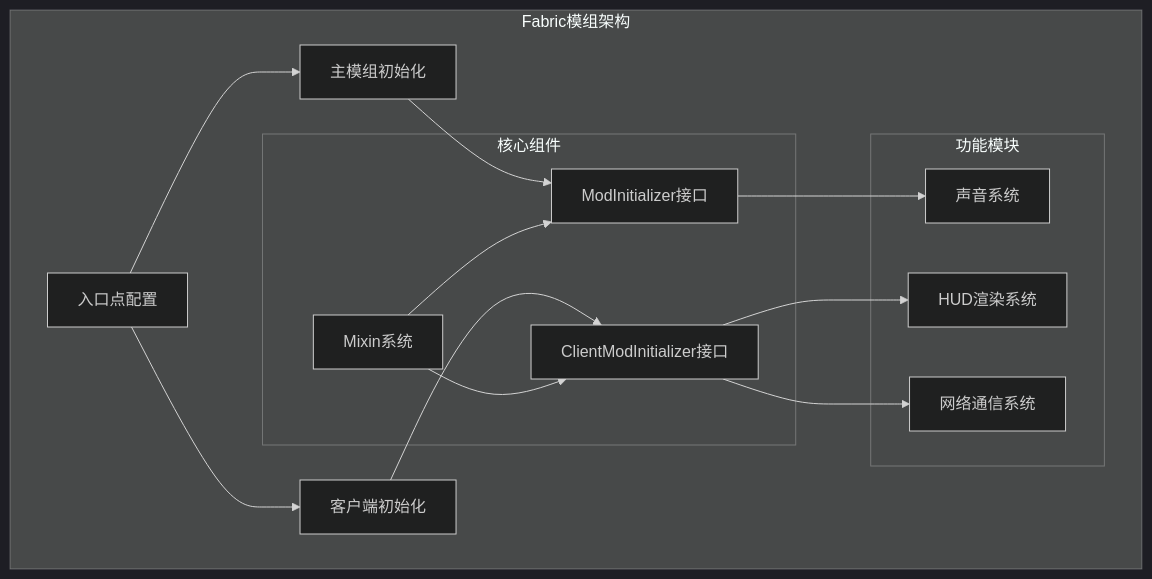
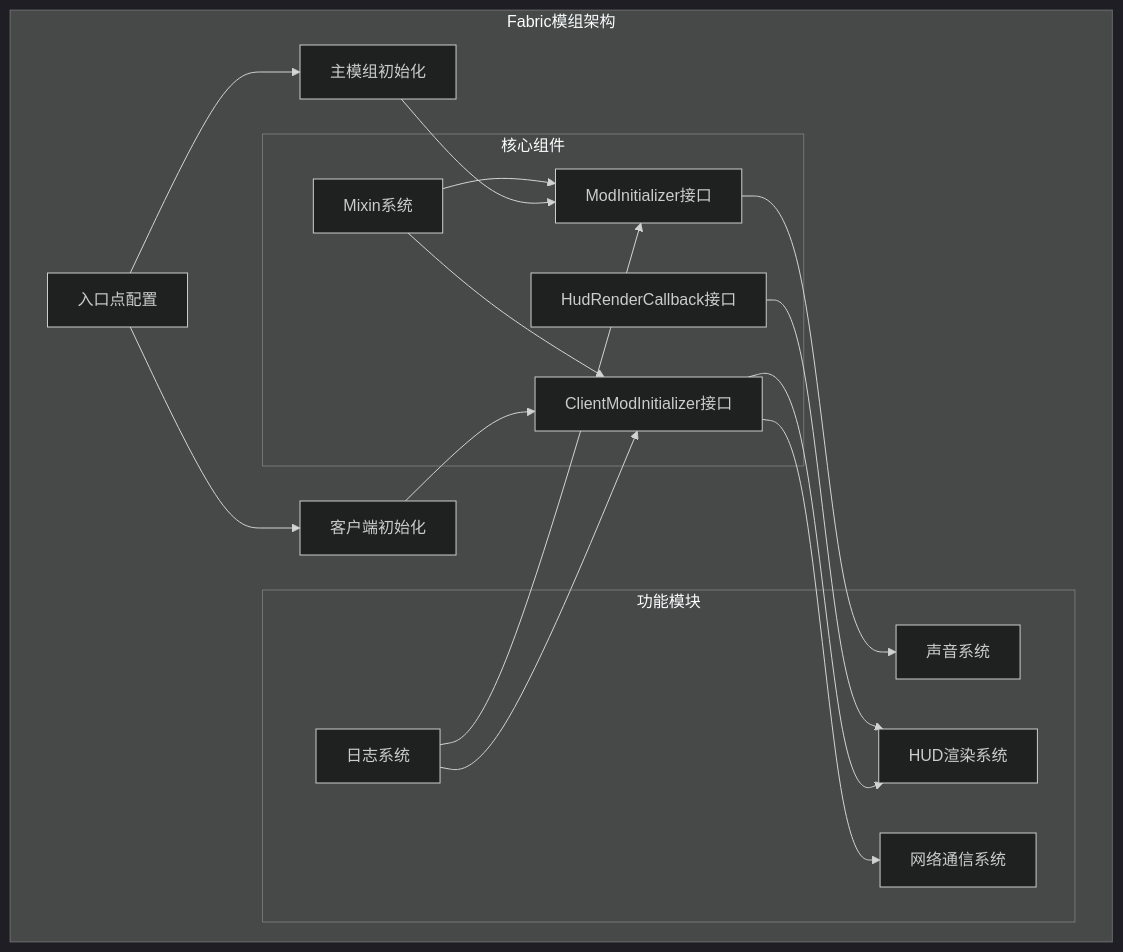
One commit to Manager20211/AxonBodyCam2 changed the third of 11 diagrams in .qoder/repowiki/zh/content/模组生命周期管理/主模组初始化.md. Above: the diagram before and after it, drawn with Mermaid (dark theme). The commit also changed other lines of this file and 11 other files, not shown here.

````diff
--- a/.qoder/repowiki/zh/content/模组生命周期管理/主模组初始化.md
+++ b/.qoder/repowiki/zh/content/模组生命周期管理/主模组初始化.md
@@ -128,27 +158,32 @@
 ```mermaid
 graph TB
 subgraph "Fabric模组架构"
 EntryPoints[入口点配置]
 MainInit[主模组初始化]
 ClientInit[客户端初始化]
 subgraph "核心组件"
 ModInitializer[ModInitializer接口]
 ClientModInitializer[ClientModInitializer接口]
 MixinSystem[Mixin系统]
+HudRenderCallback[HudRenderCallback接口]
 end
 subgraph "功能模块"
 SoundSystem[声音系统]
 HUDSystem[HUD渲染系统]
 NetworkSystem[网络通信系统]
+LoggingSystem[日志系统]
 end
 end
 EntryPoints --> MainInit
 EntryPoints --> ClientInit
 MainInit --> ModInitializer
 ClientInit --> ClientModInitializer
 ModInitializer --> SoundSystem
 ClientModInitializer --> HUDSystem
 ClientModInitializer --> NetworkSystem
+HudRenderCallback --> HUDSystem
 MixinSystem --> ModInitializer
 MixinSystem --> ClientModInitializer
+LoggingSystem --> ModInitializer
+LoggingSystem --> ClientModInitializer
 ```
````
